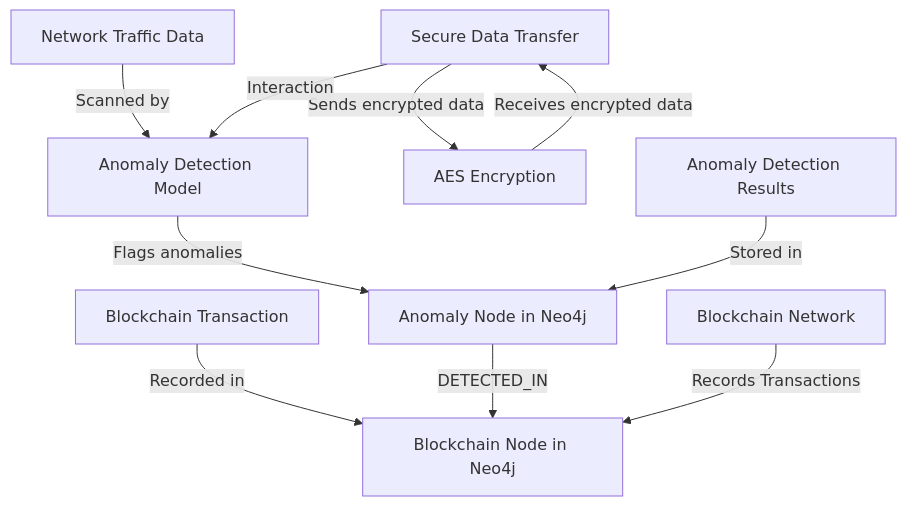
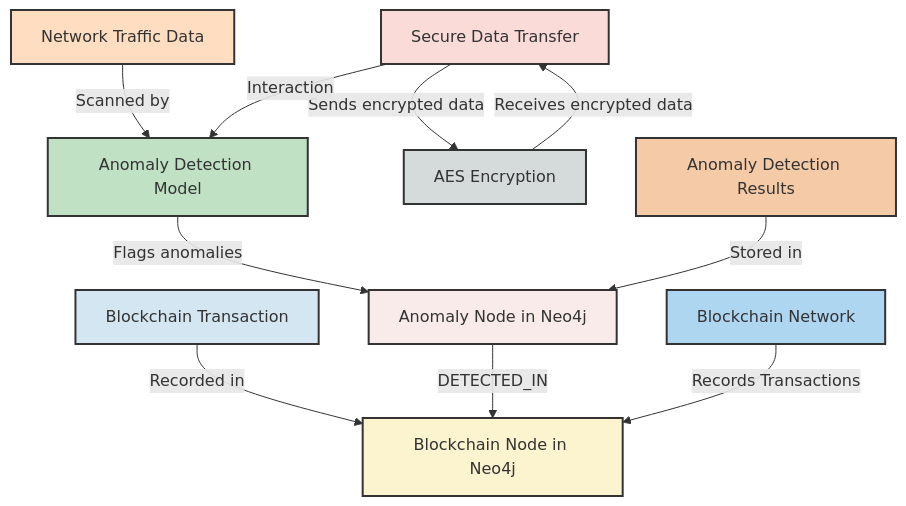
The diagram in README.md (taimax13/Chagu), drawn with Mermaid before and after one commit.

````diff
--- a/README.md
+++ b/README.md
@@ -4,13 +4,25 @@
 ```mermaid
 graph TD
     A[Network Traffic Data] --> |Scanned by| B[Anomaly Detection Model]
     B --> |Flags anomalies| C[Anomaly Node in Neo4j]
     D[Blockchain Transaction] --> |Recorded in| E[Blockchain Node in Neo4j]
     C --> |DETECTED_IN| E
     F[Secure Data Transfer] --> |Sends encrypted data| G[AES Encryption]
     G --> |Receives encrypted data| F
     H[Blockchain Network] --> |Records Transactions| E
     I[Anomaly Detection Results] --> |Stored in| C
     F --> |Interaction| B
 
+    %% Define colors
+    style A fill:#FFDDC1,stroke:#333,stroke-width:2px,color:#333;
+    style B fill:#C1E1C5,stroke:#333,stroke-width:2px,color:#333;
+    style C fill:#F9EBEA,stroke:#333,stroke-width:2px,color:#333;
+    style D fill:#D4E6F1,stroke:#333,stroke-width:2px,color:#333;
+    style E fill:#FCF3CF,stroke:#333,stroke-width:2px,color:#333;
+    style F fill:#FADBD8,stroke:#333,stroke-width:2px,color:#333;
+    style G fill:#D5DBDB,stroke:#333,stroke-width:2px,color:#333;
+    style H fill:#AED6F1,stroke:#333,stroke-width:2px,color:#333;
+    style I fill:#F5CBA7,stroke:#333,stroke-width:2px,color:#333;
+
+
 ```
````
